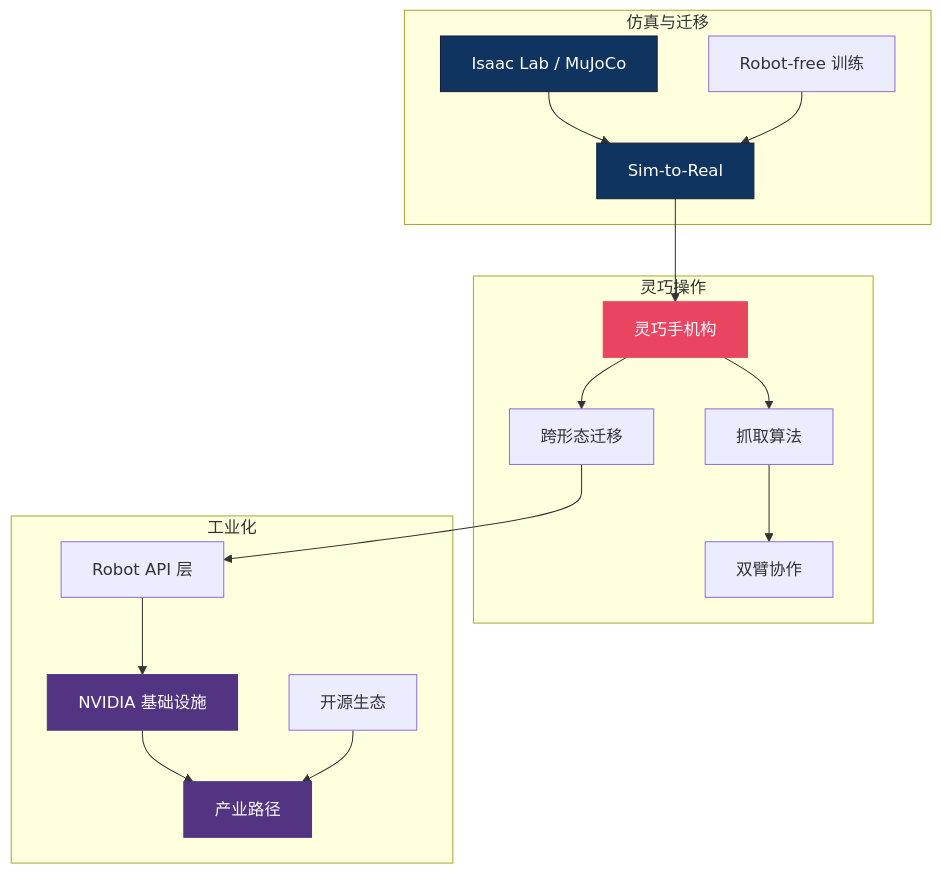
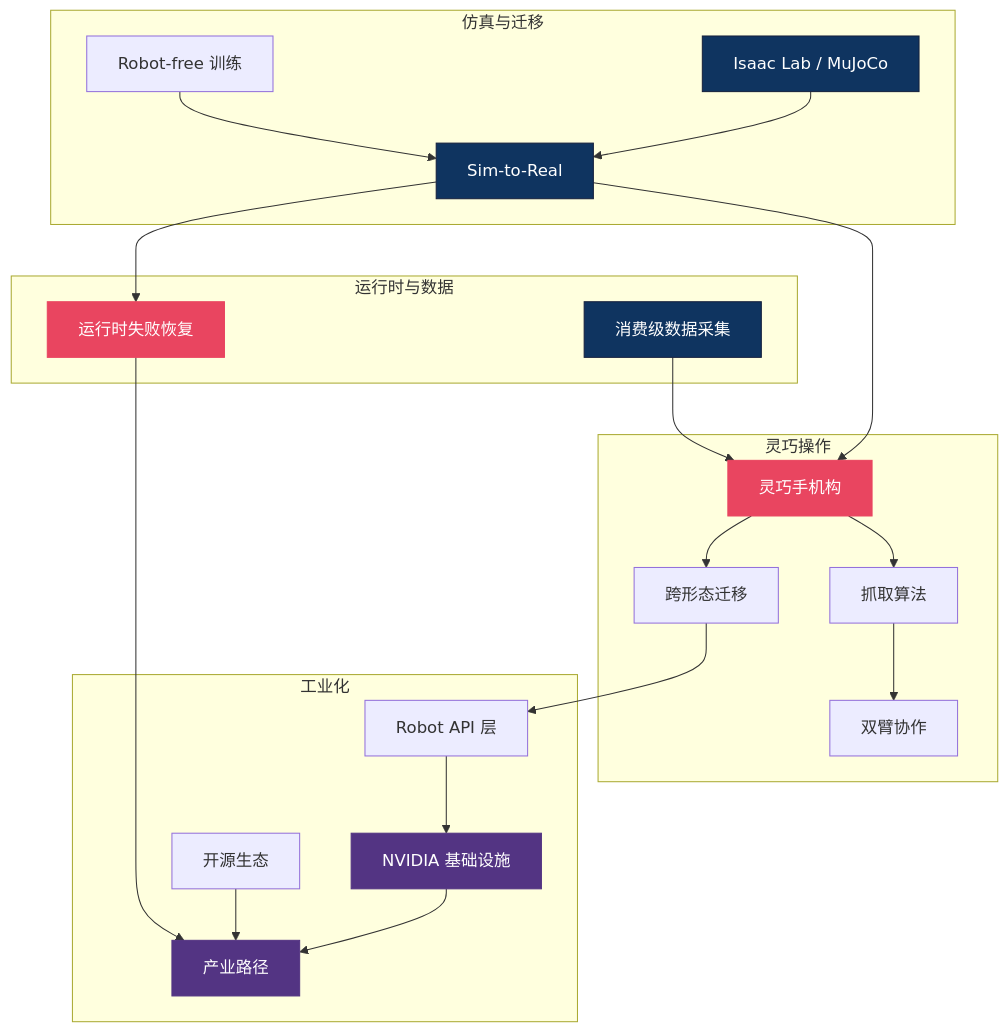
One commit to sou350121/VLA-Handbook changed the diagram in theory/deployment/deployment_mainline.md. Above: the diagram before and after it, drawn with Mermaid. The commit also changed other lines of this file and 20 other files, not shown here.

````diff
--- a/theory/deployment/deployment_mainline.md
+++ b/theory/deployment/deployment_mainline.md
@@ -9,41 +11,52 @@
 ```mermaid
 graph TD
     subgraph "灵巧操作"
         HAND["灵巧手机构"]
         GRASP["抓取算法"]
         BIMANUAL["双臂协作"]
         CROSS["跨形态迁移"]
     end
 
     subgraph "仿真与迁移"
         SIM["Isaac Lab / MuJoCo"]
         S2R["Sim-to-Real"]
         POCKET["Robot-free 训练"]
     end
 
     subgraph "工业化"
         INFRA["NVIDIA 基础设施"]
         API["Robot API 层"]
         OPEN["开源生态"]
         IND["产业路径"]
     end
 
+    subgraph "运行时与数据"
+        REFLEX["运行时失败恢复"]
+        EGO["消费级数据采集"]
+    end
+
     HAND --> GRASP
     GRASP --> BIMANUAL
     HAND --> CROSS
 
     SIM --> S2R
     S2R --> HAND
     POCKET --> S2R
 
     CROSS --> API
     API --> INFRA
     INFRA --> IND
     OPEN --> IND
 
+    S2R --> REFLEX
+    REFLEX --> IND
+    EGO --> HAND
+
     style HAND fill:#e94560,stroke:#e94560,color:#fff
     style SIM fill:#0f3460,stroke:#16213e,color:#fff
     style S2R fill:#0f3460,stroke:#16213e,color:#fff
     style INFRA fill:#533483,stroke:#533483,color:#fff
     style IND fill:#533483,stroke:#533483,color:#fff
+    style REFLEX fill:#e94560,stroke:#e94560,color:#fff
+    style EGO fill:#0f3460,stroke:#16213e,color:#fff
 ```
````
